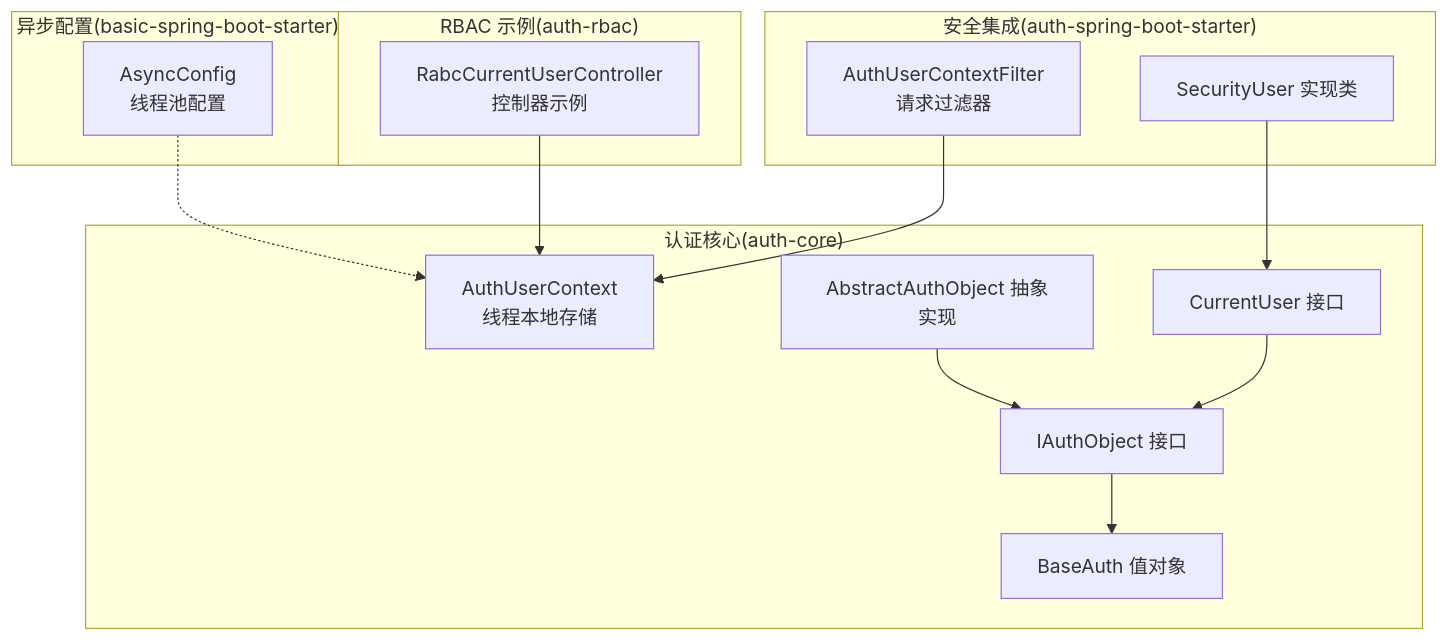
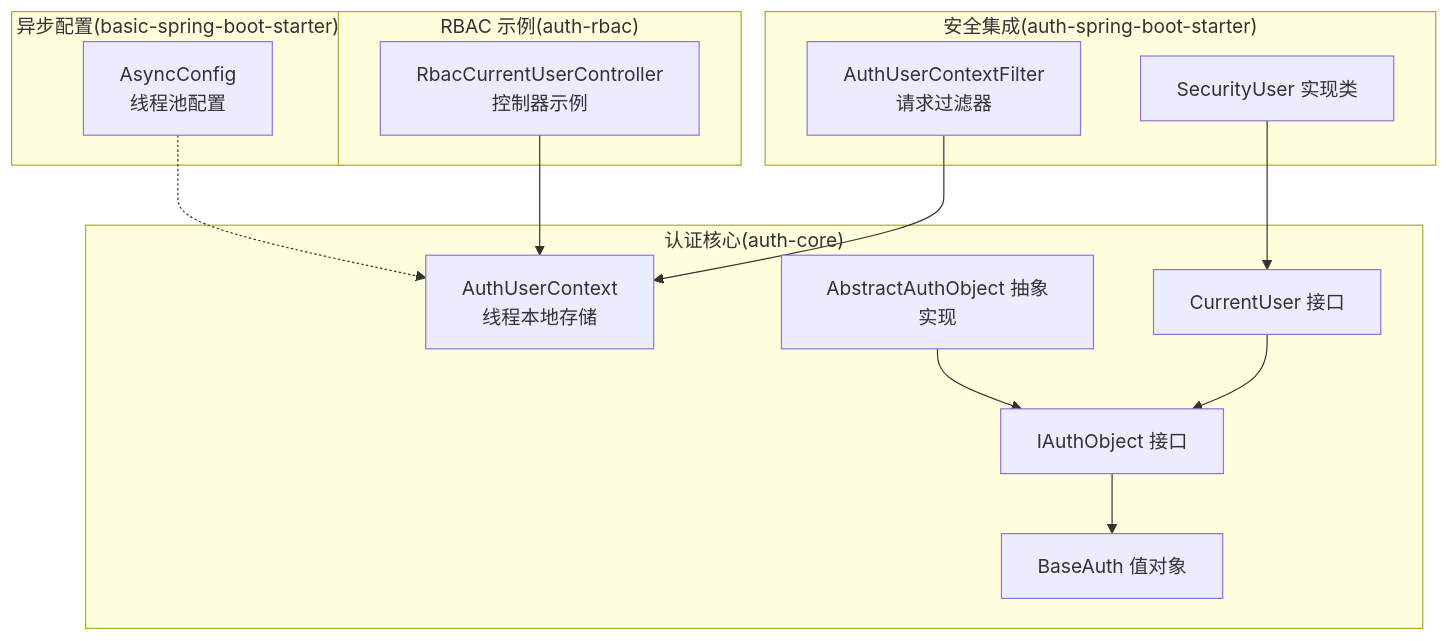
Before and after one commit to LiukewenSC/kewen-framework: the first of 5 diagrams in .qoder/repowiki/zh/content/权限系统 (qy-auth)/权限核心 (auth-core)/用户上下文管理 (AuthUserContext).md, drawn with Mermaid. The commit also changed other lines of this file and 764 other files, not shown here.

````diff
--- a/.qoder/repowiki/zh/content/权限系统 (qy-auth)/权限核心 (auth-core)/用户上下文管理 (AuthUserContext).md
+++ b/.qoder/repowiki/zh/content/权限系统 (qy-auth)/权限核心 (auth-core)/用户上下文管理 (AuthUserContext).md
@@ -38,27 +38,27 @@
 ```mermaid
 graph TB
 subgraph "认证核心(auth-core)"
 AUC["AuthUserContext<br/>线程本地存储"]
 CU["CurrentUser 接口"]
 IAO["IAuthObject 接口"]
 BA["BaseAuth 值对象"]
 AAO["AbstractAuthObject 抽象实现"]
 end
 subgraph "安全集成(auth-spring-boot-starter)"
 AUCF["AuthUserContextFilter<br/>请求过滤器"]
 SU["SecurityUser 实现类"]
 end
 subgraph "RBAC 示例(auth-rbac)"
-RCUC["RabcCurrentUserController<br/>控制器示例"]
+RCUC["RbacCurrentUserController<br/>控制器示例"]
 end
 subgraph "异步配置(basic-spring-boot-starter)"
 AC["AsyncConfig<br/>线程池配置"]
 end
 AUCF --> AUC
 SU --> CU
 CU --> IAO
 IAO --> BA
 AAO --> IAO
 RCUC --> AUC
 AC -.-> AUC
 ```
````
